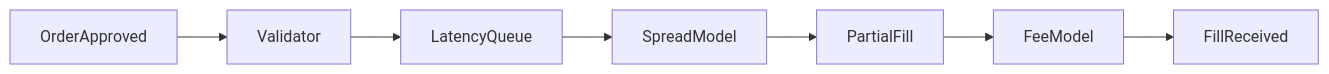
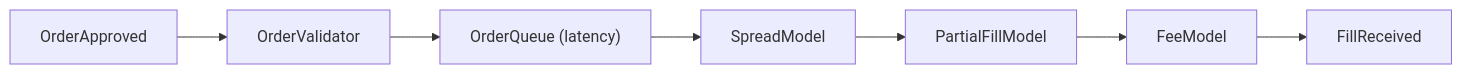
One commit to wazza0797/testingTheWaters changed the third of 4 diagrams in docs/architecture.md. Above: the diagram before and after it, drawn with Mermaid. The commit also changed other lines of this file and 51 other files, not shown here.

````diff
--- a/docs/architecture.md
+++ b/docs/architecture.md
@@ -323,9 +342,9 @@
 ```mermaid
 flowchart LR
-    OrderApproved --> Validator
-    Validator --> LatencyQueue
-    LatencyQueue --> SpreadModel
-    SpreadModel --> PartialFill
-    PartialFill --> FeeModel
+    OrderApproved --> OrderValidator
+    OrderValidator --> OrderQueue["OrderQueue (latency)"]
+    OrderQueue --> SpreadModel
+    SpreadModel --> PartialFillModel
+    PartialFillModel --> FeeModel
     FeeModel --> FillReceived
 ```
````
